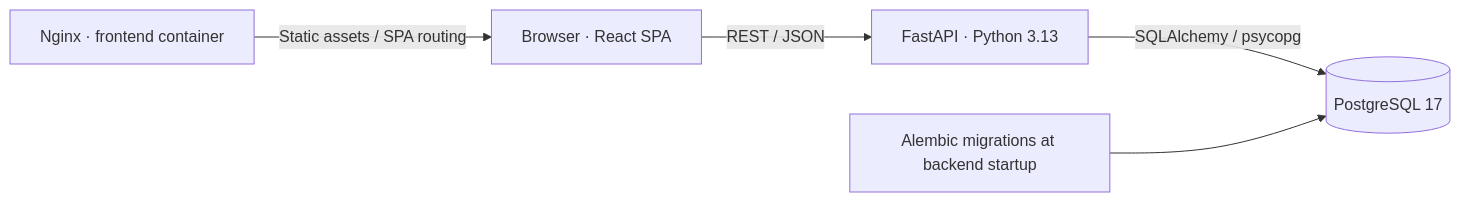
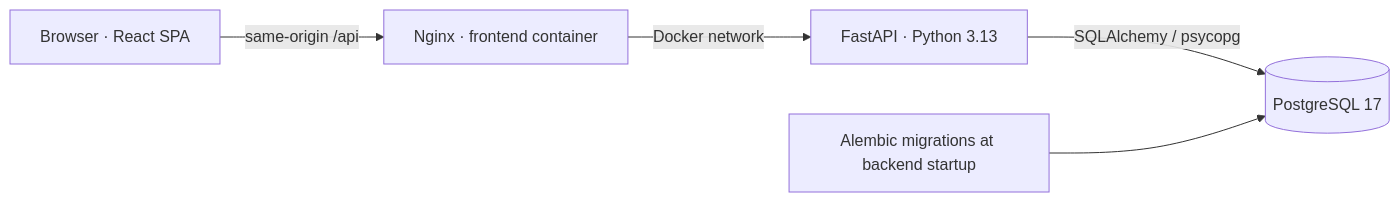
The diagram in README.md (Anas-Ibnoudoukkali/taskflow-devops), drawn with Mermaid before and after one commit. The commit also changed other lines of this file and 9 other files, not shown here.

````diff
--- a/README.md
+++ b/README.md
@@ -7,7 +7,7 @@
 ```mermaid
 flowchart LR
-    Browser[Browser · React SPA] -->|REST / JSON| API[FastAPI · Python 3.13]
-    Nginx[Nginx · frontend container] -->|Static assets / SPA routing| Browser
+    Browser[Browser · React SPA] -->|same-origin /api| Nginx[Nginx · frontend container]
+    Nginx -->|Docker network| API[FastAPI · Python 3.13]
     API -->|SQLAlchemy / psycopg| DB[(PostgreSQL 17)]
     Alembic[Alembic migrations at backend startup] --> DB
 ```
````
